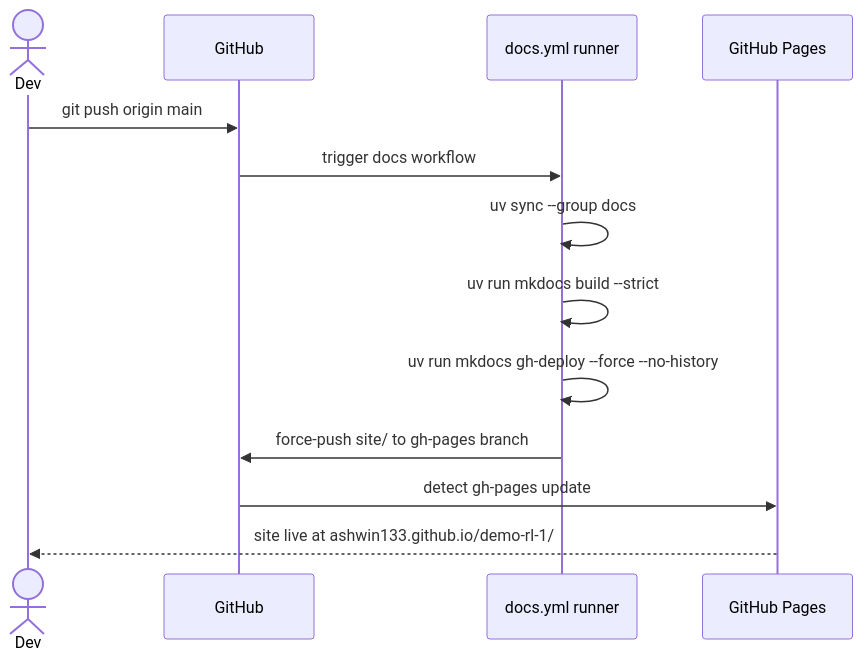
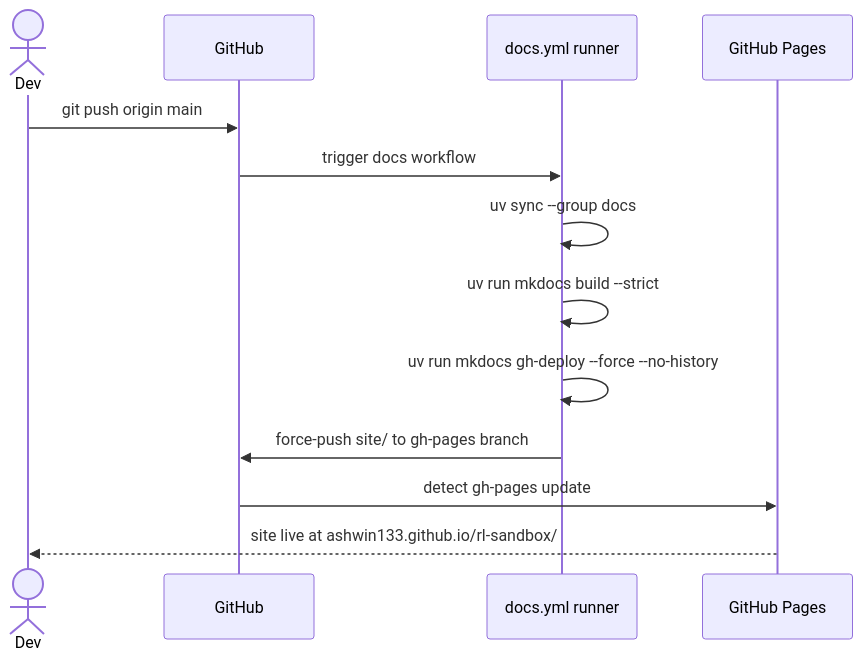
One commit to ashwin133/rl-sandbox changed the diagram in feature_plans/010_api_docs_20260504/plan.md. Above: the diagram before and after it, drawn with Mermaid. The commit also changed other lines of this file and 7 other files, not shown here.

````diff
--- a/feature_plans/010_api_docs_20260504/plan.md
+++ b/feature_plans/010_api_docs_20260504/plan.md
@@ -270,16 +270,16 @@
 ```mermaid
 sequenceDiagram
     actor Dev
     participant GH as GitHub
     participant CI as docs.yml runner
     participant Pages as GitHub Pages
 
     Dev->>GH: git push origin main
     GH->>CI: trigger docs workflow
     CI->>CI: uv sync --group docs
     CI->>CI: uv run mkdocs build --strict
     CI->>CI: uv run mkdocs gh-deploy --force --no-history
     CI->>GH: force-push site/ to gh-pages branch
     GH->>Pages: detect gh-pages update
-    Pages-->>Dev: site live at ashwin133.github.io/demo-rl-1/
+    Pages-->>Dev: site live at ashwin133.github.io/rl-sandbox/
 ```
````
